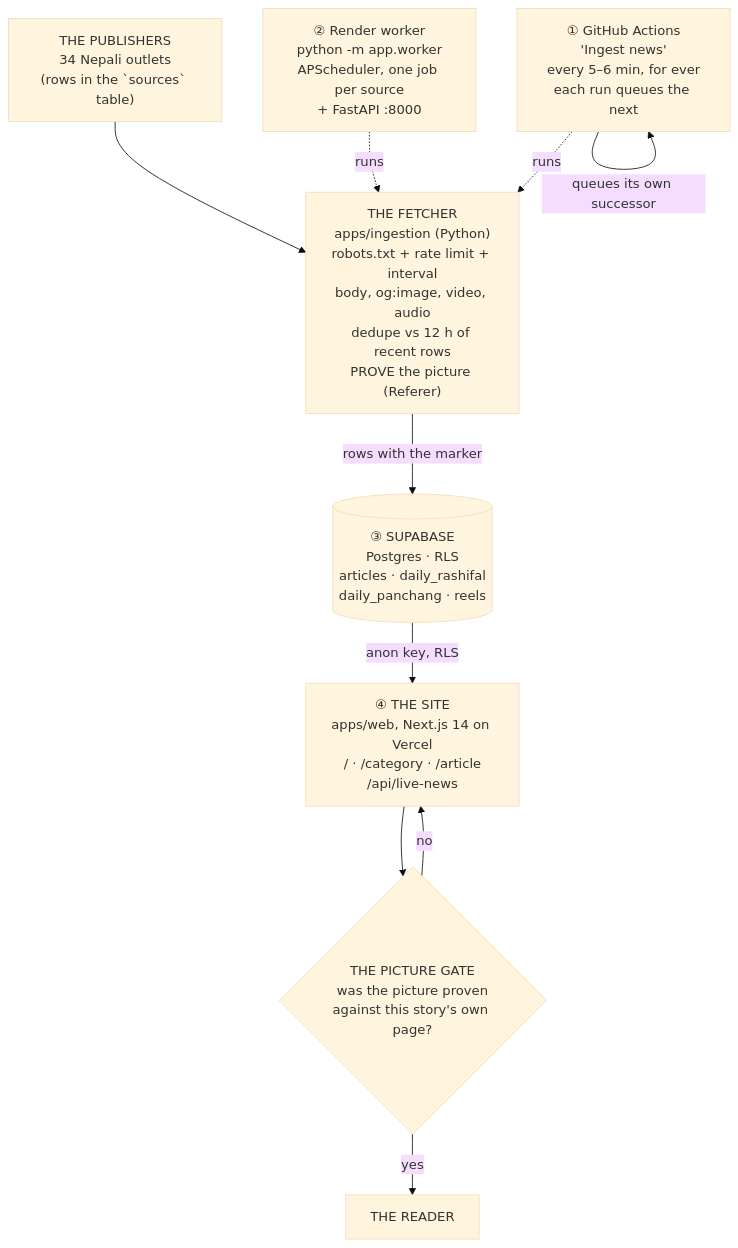
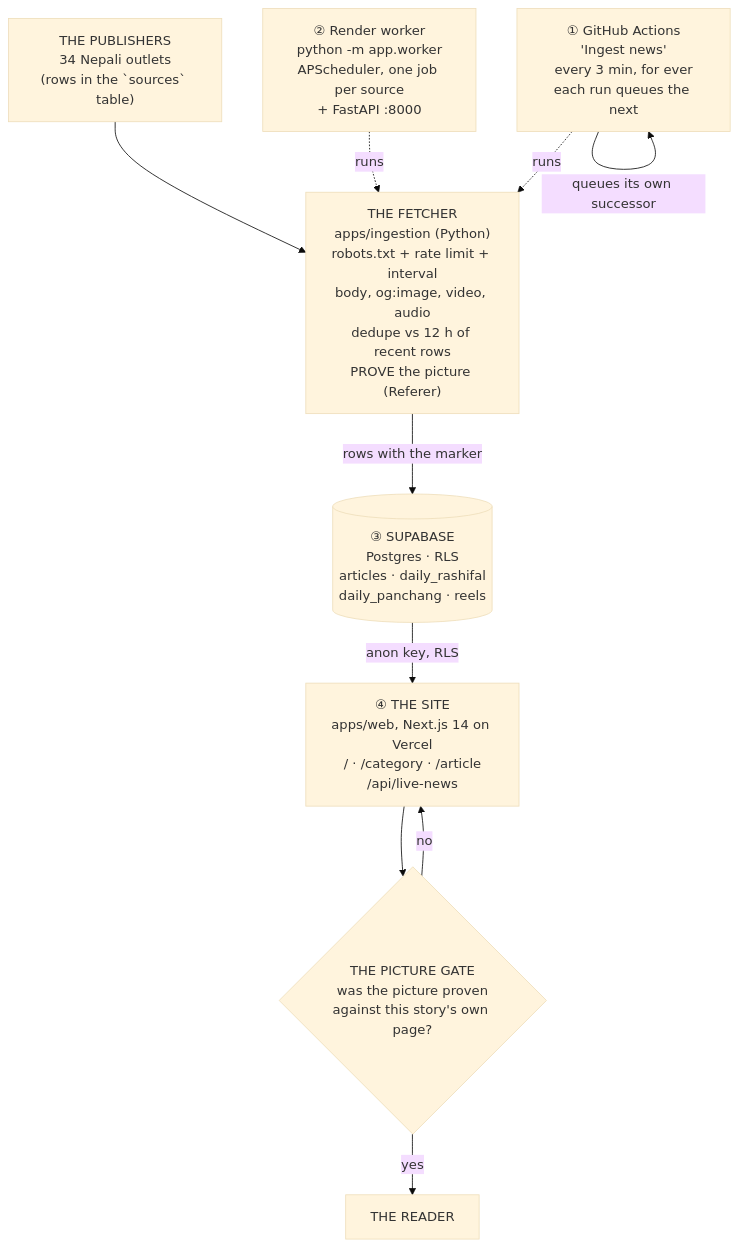
One commit to karlosh631/news_magazine changed the diagram in news-magazine/ARCHITECTURE.md. Above: the diagram before and after it, drawn with Mermaid (base theme). The commit also changed other lines of this file and 8 other files, not shown here.

````diff
--- a/news-magazine/ARCHITECTURE.md
+++ b/news-magazine/ARCHITECTURE.md
@@ -75,21 +77,21 @@
 ```mermaid
 flowchart TD
     PUB["THE PUBLISHERS<br/>34 Nepali outlets<br/>(rows in the `sources` table)"]
     FETCH["THE FETCHER<br/>apps/ingestion (Python)<br/>robots.txt + rate limit + interval<br/>body, og:image, video, audio<br/>dedupe vs 12 h of recent rows<br/>PROVE the picture (Referer)"]
-    GHA["① GitHub Actions<br/>'Ingest news'<br/>every 5–6 min, for ever<br/>each run queues the next"]
+    GHA["① GitHub Actions<br/>'Ingest news'<br/>every 3 min, for ever<br/>each run queues the next"]
     RND["② Render worker<br/>python -m app.worker<br/>APScheduler, one job per source<br/>+ FastAPI :8000"]
     DB[("③ SUPABASE<br/>Postgres · RLS<br/>articles · daily_rashifal<br/>daily_panchang · reels")]
     WEB["④ THE SITE<br/>apps/web, Next.js 14 on Vercel<br/>/ · /category · /article<br/>/api/live-news"]
     GATE{"THE PICTURE GATE<br/>was the picture proven<br/>against this story's own page?"}
     READER["THE READER"]
 
     PUB --> FETCH
     GHA -.->|runs| FETCH
     RND -.->|runs| FETCH
     FETCH -->|rows with the marker| DB
     DB -->|anon key, RLS| WEB
     WEB --> GATE
     GATE -->|yes| READER
     GATE -->|no| WEB
     GHA -->|queues its own successor| GHA
 ```
````
